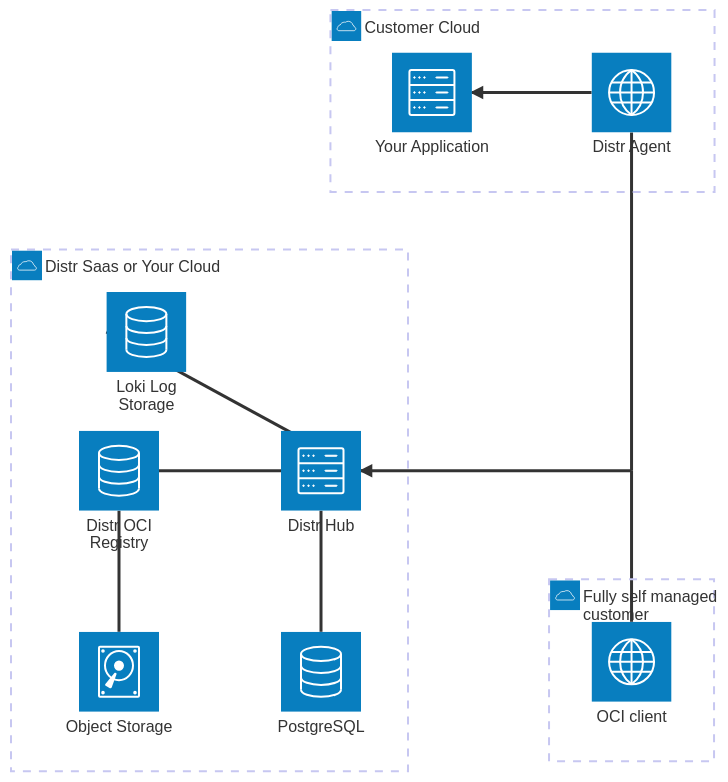
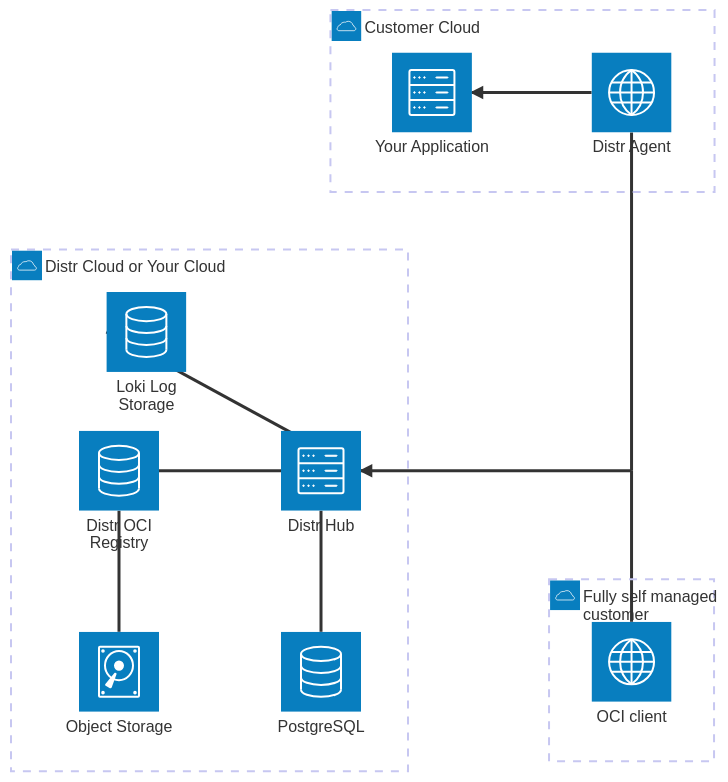
One commit to distr-sh/distr changed the diagram in README.md. Above: the diagram before and after it, drawn with Mermaid. The commit also changed 1 other file, not shown here.

Commit message:
chore: SaaS --> Cloud

````diff
--- a/README.md
+++ b/README.md
@@ -52,28 +52,28 @@
 ```mermaid
 architecture-beta
-    group ctrl(cloud)[Distr Saas or Your Cloud]
+    group ctrl(cloud)[Distr Cloud or Your Cloud]
     service hub(server)[Distr Hub] in ctrl
     service db(database)[PostgreSQL] in ctrl
     service loki(database)[Loki Log Storage] in ctrl
     service oci(database)[Distr OCI Registry] in ctrl
     service s3(disk)[Object Storage] in ctrl
     oci:R -- L:hub
     db:T -- B:hub
     loki:L -- R:hub
     oci:B -- T:s3
 
     junction customerjunction
 
     hub:R <-- L:customerjunction
     customerjunction:T -- B:agent
     customerjunction:B -- T:client
 
 
     group agentcustomer(cloud)[Customer Cloud]
     service agent(internet)[Distr Agent] in agentcustomer
     service app(server)[Your Application] in agentcustomer
     agent:L --> R:app
 
     group ocicustomer(cloud)[Fully self managed customer]
     service client(internet)[OCI client] in ocicustomer
 ```
````
